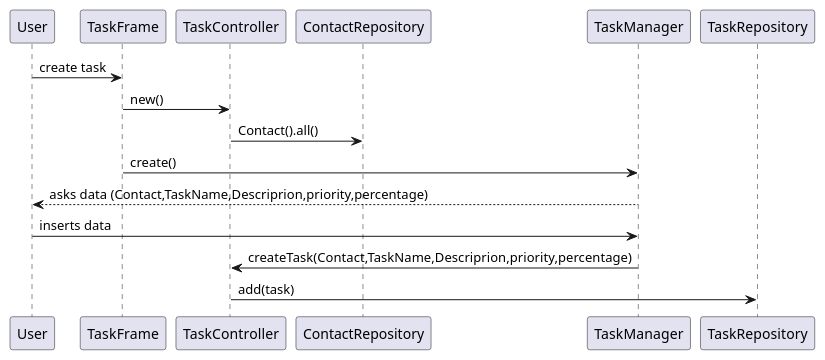
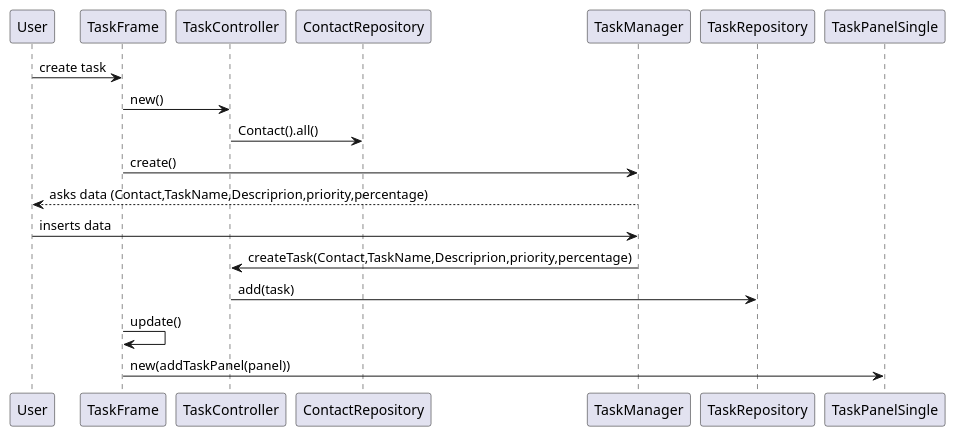
The diagram in src/main/java/csheets/worklog/n1030472/sprint3/crm06_02_design_create_task.puml (RubenTeixeira/cleansheets_isep_2dg_2016), drawn with PlantUML before and after one commit. The commit also changed 2 other files, not shown here.

```diff
--- a/src/main/java/csheets/worklog/n1030472/sprint3/crm06_02_design_create_task.puml
+++ b/src/main/java/csheets/worklog/n1030472/sprint3/crm06_02_design_create_task.puml
@@ -1,11 +1,13 @@
 @startuml doc-files/crm06_02_design_create_task.png
 
 User -> TaskFrame : create task
 TaskFrame -> TaskController: new()
 TaskController -> ContactRepository: Contact().all()
 TaskFrame -> TaskManager : create()
 TaskManager --> User : asks data (Contact,TaskName,Descriprion,priority,percentage)
 User -> TaskManager : inserts data
 TaskManager -> TaskController : createTask(Contact,TaskName,Descriprion,priority,percentage)
 TaskController -> TaskRepository : add(task)
+TaskFrame -> TaskFrame: update()
+TaskFrame -> TaskPanelSingle: new(addTaskPanel(panel))
 @enduml
```
